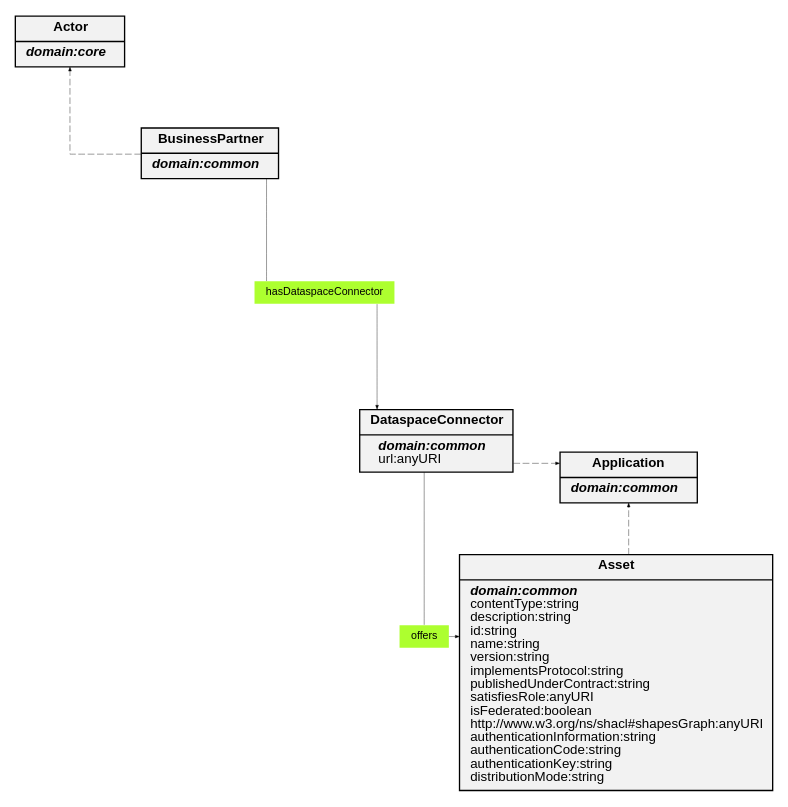
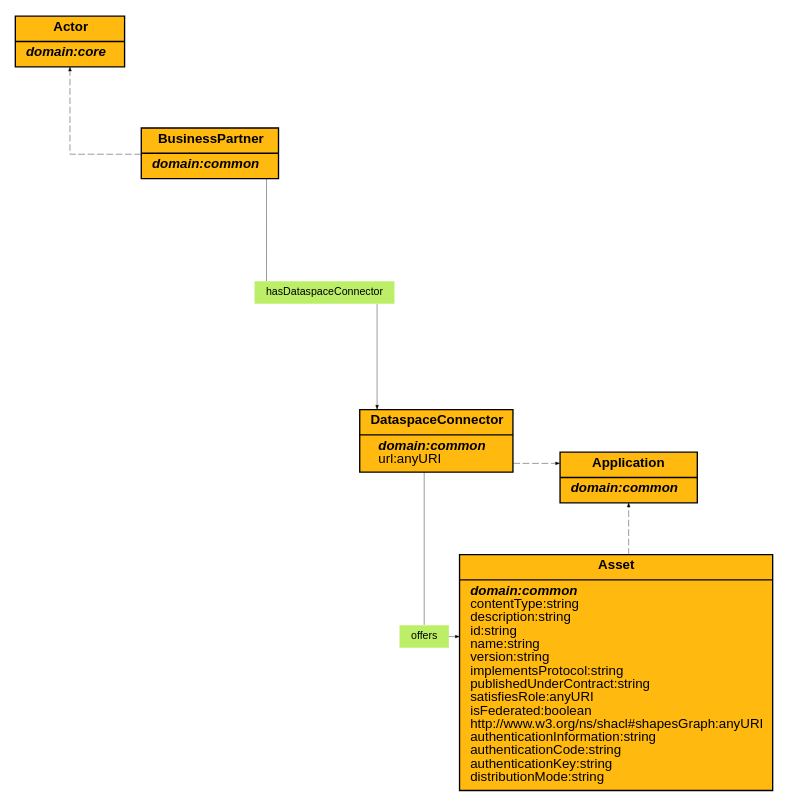
One commit to eclipse-tractusx/sldt-ontology-model changed the diagram in docs/images/common_ontology.gv. Above: the diagram before and after it, drawn with Graphviz. The commit also changed 21 other files, not shown here.

```diff
--- a/docs/images/common_ontology.gv
+++ b/docs/images/common_ontology.gv
@@ -1,19 +1,19 @@
 digraph common_ontology {
-	graph [fontname="Helvetica,Arial,sans-serif" fontsize=10 layout=neato overlap=scalexy splines=ortho]
-	node [fillcolor=gray95 fontname="Helvetica,Arial,sans-serif" fontsize=10 shape=record]
+	graph [fontname="Helvetica,Arial,sans-serif" fontsize=10 layout=neato overlap=false splines=ortho]
+	node [fillcolor=darkgoldenrod1 fontname="Helvetica,Arial,sans-serif" fontsize=10 shape=record]
 	edge [arrowsize=0.3 fontname="Helvetica,Arial,sans-serif" fontsize=10 penwidth=0.3]
 	Actor [label=<{<b>Actor</b> | <i><b> domain:core</b></i> <br align="left"/>}> style=filled]
 	Application [label=<{<b>Application</b> | <i><b> domain:common</b></i> <br align="left"/>}> style=filled]
 	Asset [label=<{<b>Asset</b> | <i><b> domain:common</b></i> <br align="left"/>contentType:string<br align="left"/>description:string<br align="left"/>id:string<br align="left"/>name:string<br align="left"/>version:string<br align="left"/>implementsProtocol:string<br align="left"/>publishedUnderContract:string<br align="left"/>satisfiesRole:anyURI<br align="left"/>isFederated:boolean<br align="left"/>http://www.w3.org/ns/shacl#shapesGraph:anyURI<br align="left"/>authenticationInformation:string<br align="left"/>authenticationCode:string<br align="left"/>authenticationKey:string<br align="left"/>distributionMode:string<br align="left"/>}> style=filled]
 	BusinessPartner [label=<{<b>BusinessPartner</b> | <i><b> domain:common</b></i> <br align="left"/>}> style=filled]
 	DataspaceConnector [label=<{<b>DataspaceConnector</b> | <i><b> domain:common</b></i> <br align="left"/>url:anyURI<br align="left"/>}> style=filled]
-	hasDataspaceConnector [label=hasDataspaceConnector fillcolor=greenyellow fontsize=8 height=0 shape=plaintext style=filled width=0]
-	offers [label=offers fillcolor=greenyellow fontsize=8 height=0 shape=plaintext style=filled width=0]
+	hasDataspaceConnector [label=hasDataspaceConnector fillcolor=darkolivegreen2 fontsize=8 height=0 shape=plaintext style=filled width=0]
+	offers [label=offers fillcolor=darkolivegreen2 fontsize=8 height=0 shape=plaintext style=filled width=0]
 	BusinessPartner -> hasDataspaceConnector [arrowhead=none]
 	hasDataspaceConnector -> DataspaceConnector
 	DataspaceConnector -> offers [arrowhead=none]
 	offers -> Asset
 	Asset -> Application [style=dashed]
 	DataspaceConnector -> Application [style=dashed]
 	BusinessPartner -> Actor [style=dashed]
 }
```
